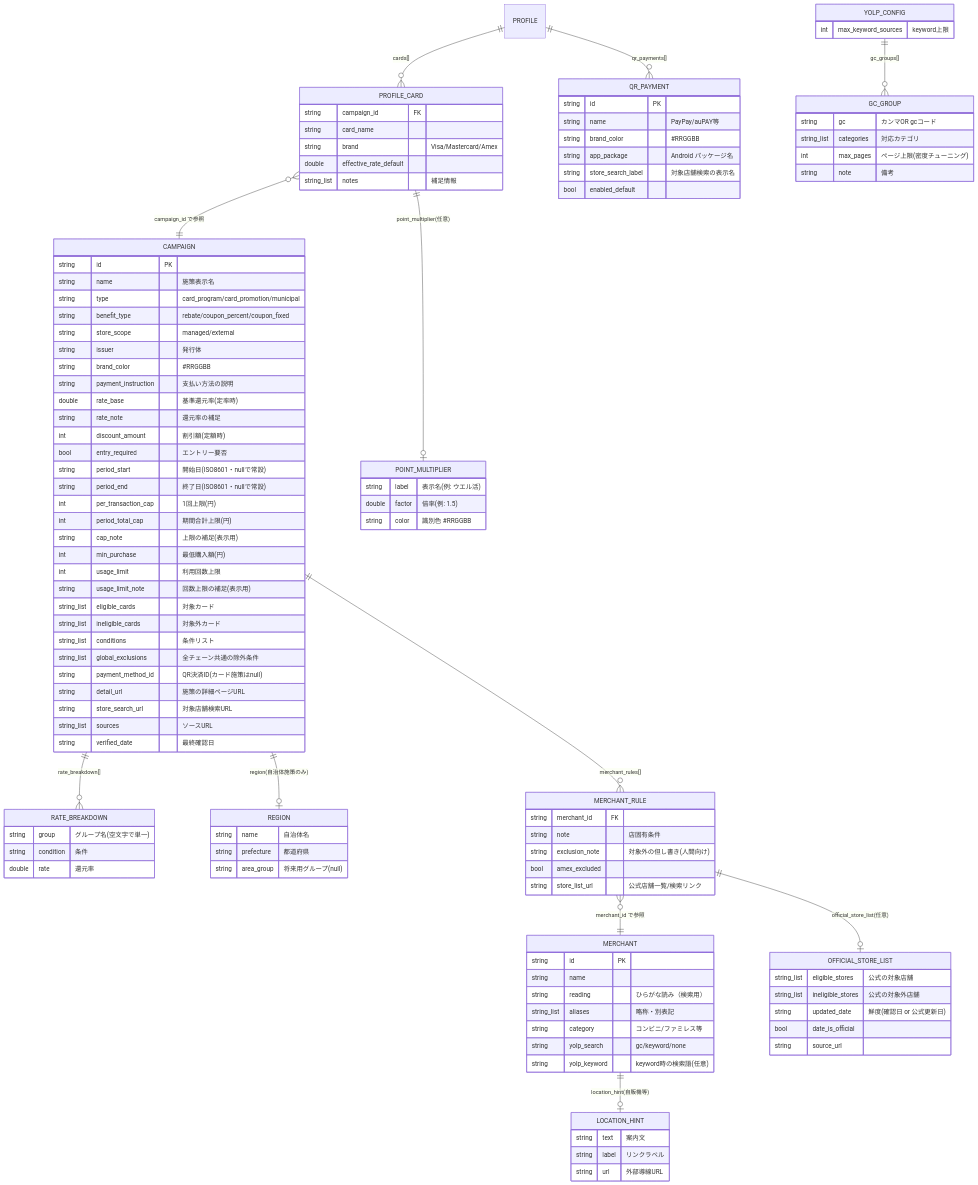
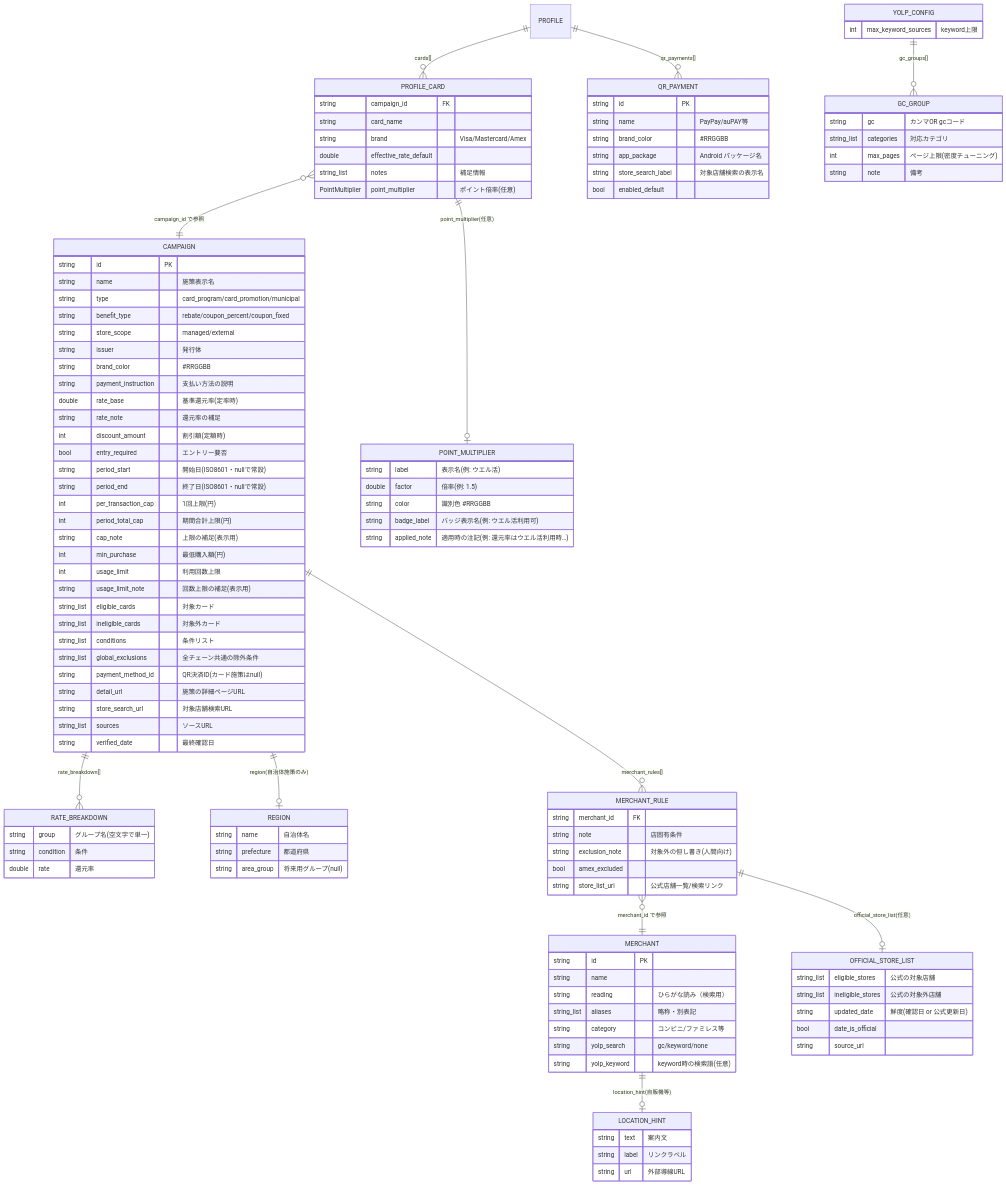
One commit to ktakjm/poikatsu changed the second of 6 diagrams in docs/code-guide.md. Above: the diagram before and after it, drawn with Mermaid. The commit also changed other lines of this file, not shown here.

```diff
--- a/docs/code-guide.md
+++ b/docs/code-guide.md
@@ -206,11 +206,14 @@
         string brand "Visa/Mastercard/Amex"
         double effective_rate_default
         string_list notes "補足情報"
+        PointMultiplier point_multiplier "ポイント倍率(任意)"
     }
     POINT_MULTIPLIER {
         string label "表示名(例: ウエル活)"
         double factor "倍率(例: 1.5)"
         string color "識別色 #RRGGBB"
+        string badge_label "バッジ表示名(例: ウエル活利用可)"
+        string applied_note "適用時の注記(例: 還元率はウエル活利用時…)"
     }
     QR_PAYMENT {
         string id PK
```
